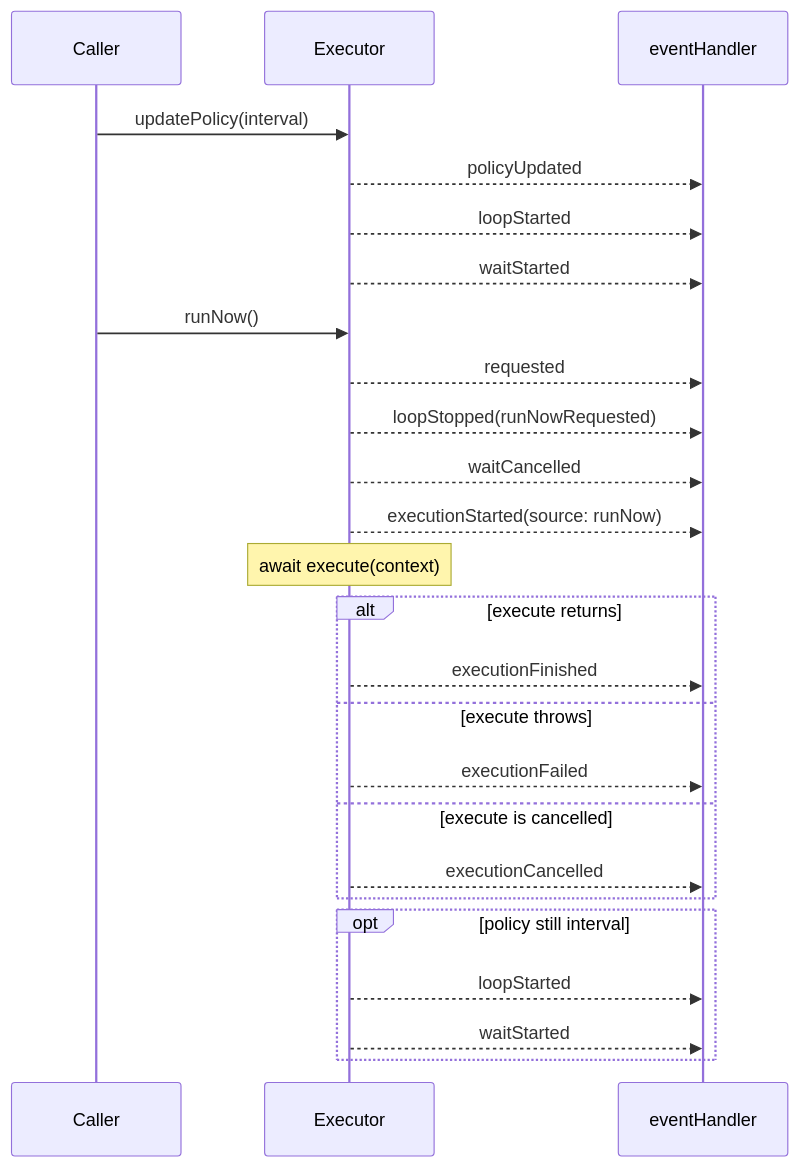
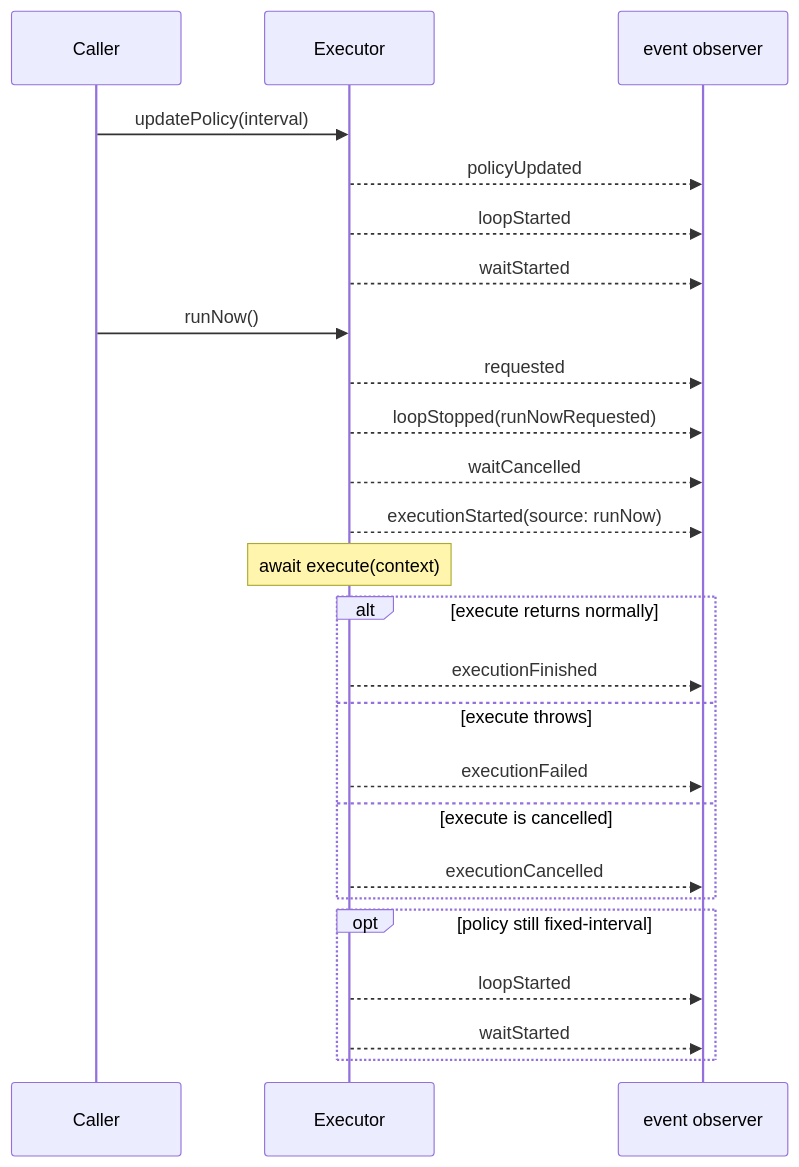
The second of 2 diagrams in README.md (shensven/swift-sequential-executor), drawn with Mermaid before and after one commit. The commit also changed other lines of this file and 1 other file, not shown here.

````diff
--- a/README.md
+++ b/README.md
@@ -186,31 +173,31 @@
 ```mermaid
 sequenceDiagram
     participant Caller
     participant Executor
-    participant Observer as eventHandler
+    participant Observer as event observer
 
     Caller->>Executor: updatePolicy(interval)
     Executor-->>Observer: policyUpdated
     Executor-->>Observer: loopStarted
     Executor-->>Observer: waitStarted
 
     Caller->>Executor: runNow()
     Executor-->>Observer: requested
     Executor-->>Observer: loopStopped(runNowRequested)
     Executor-->>Observer: waitCancelled
     Executor-->>Observer: executionStarted(source: runNow)
     Note over Executor: await execute(context)
 
-    alt execute returns
+    alt execute returns normally
         Executor-->>Observer: executionFinished
     else execute throws
         Executor-->>Observer: executionFailed
     else execute is cancelled
         Executor-->>Observer: executionCancelled
     end
 
-    opt policy still interval
+    opt policy still fixed-interval
         Executor-->>Observer: loopStarted
         Executor-->>Observer: waitStarted
     end
 ```
````
